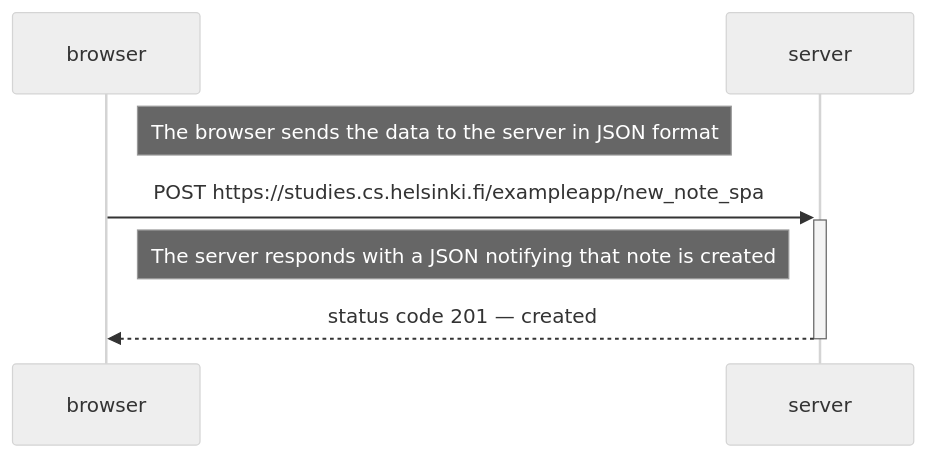
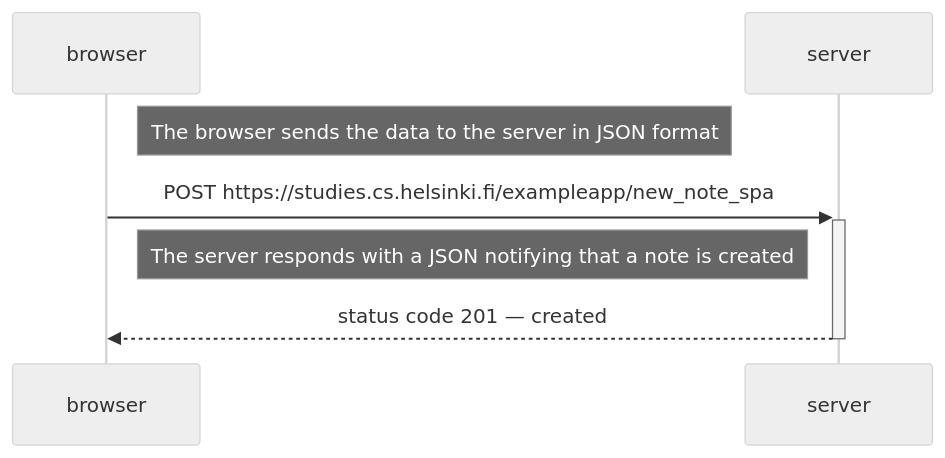
The diagram in part0/new-note-in-spa-diagram/new-note-in-spa-diagram.md (aguydan/fullstackopen), drawn with Mermaid (neutral theme) before and after one commit.

````diff
--- a/part0/new-note-in-spa-diagram/new-note-in-spa-diagram.md
+++ b/part0/new-note-in-spa-diagram/new-note-in-spa-diagram.md
@@ -1,13 +1,13 @@
 ```mermaid
 sequenceDiagram
     participant A as browser;
     participant B as server;
     
     Note right of A: The browser sends the data to the server in JSON format;
     
     A ->> +B: POST https://studies.cs.helsinki.fi/exampleapp/new_note_spa;
 
-    Note left of B: The server responds with a JSON notifying that note is created;
+    Note left of B: The server responds with a JSON notifying that a note is created;
 
     B -->> -A: status code 201 — created;
 ```
````
